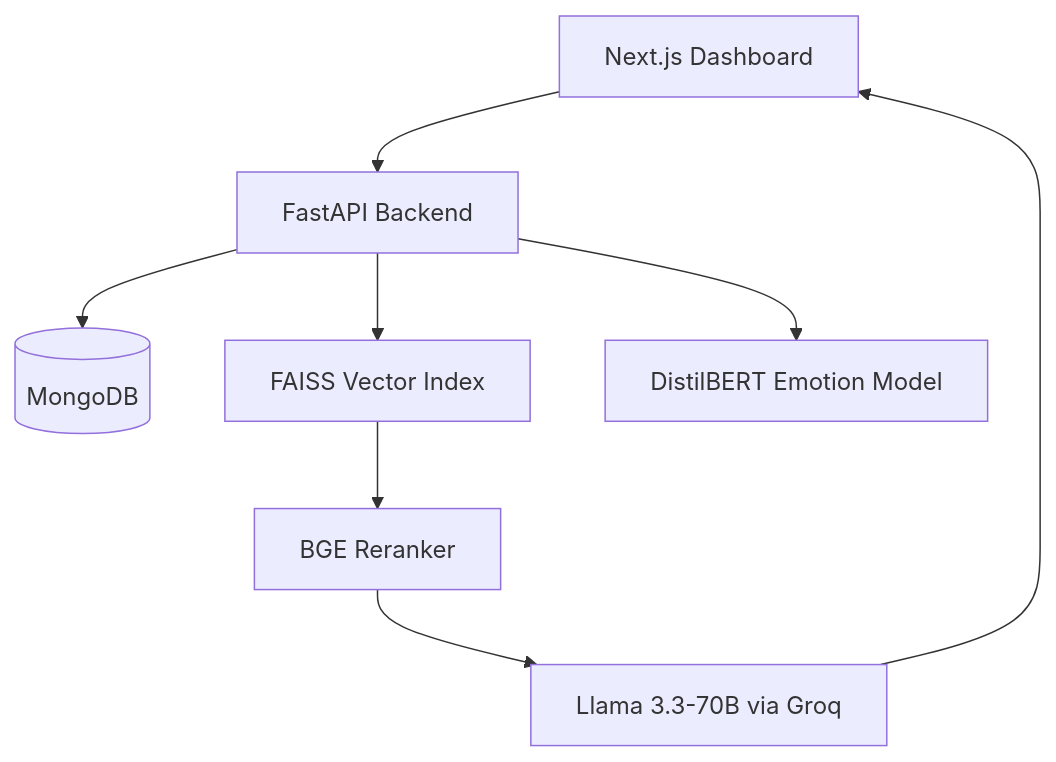
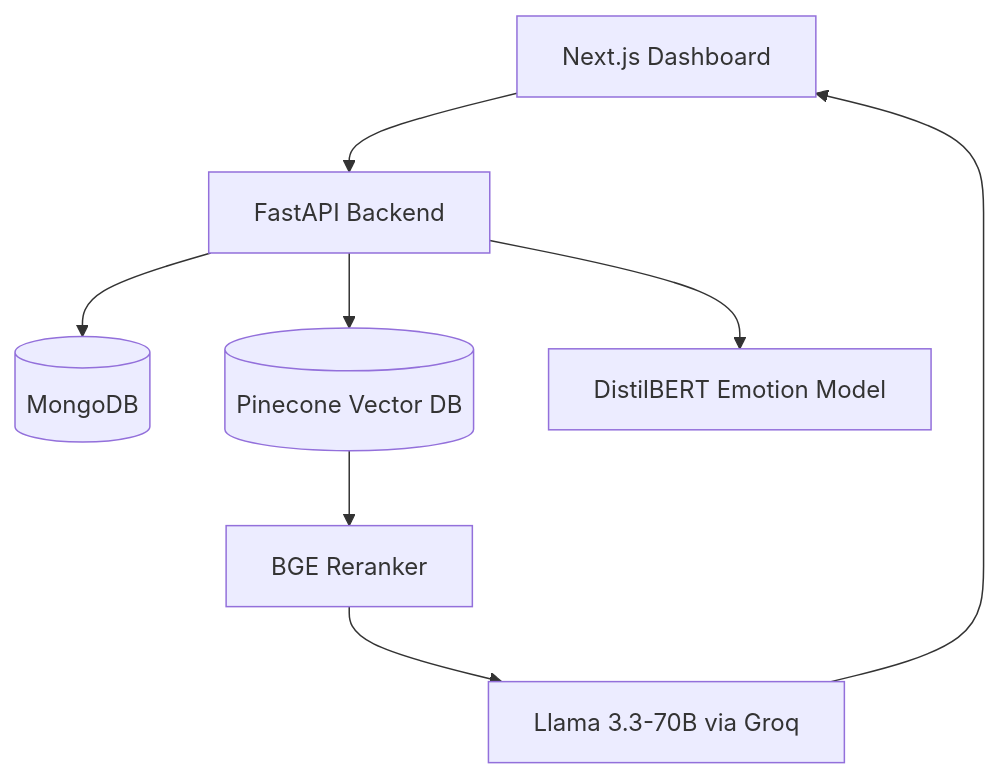
The diagram in README.md (afianas/Meetric-Meeting-Intelligence-Hub), drawn with Mermaid before and after one commit. The commit also changed other lines of this file and 2 other files, not shown here.

````diff
--- a/README.md
+++ b/README.md
@@ -61,10 +50,10 @@
 ```mermaid
 graph TD
   A[Next.js Dashboard] --> B[FastAPI Backend]
   B --> C[(MongoDB)]
-  B --> D[FAISS Vector Index]
+  B --> D[(Pinecone Vector DB)]
   D --> E[BGE Reranker]
   E --> F[Llama 3.3-70B via Groq]
   B --> G[DistilBERT Emotion Model]
   F --> A
 ```
````
